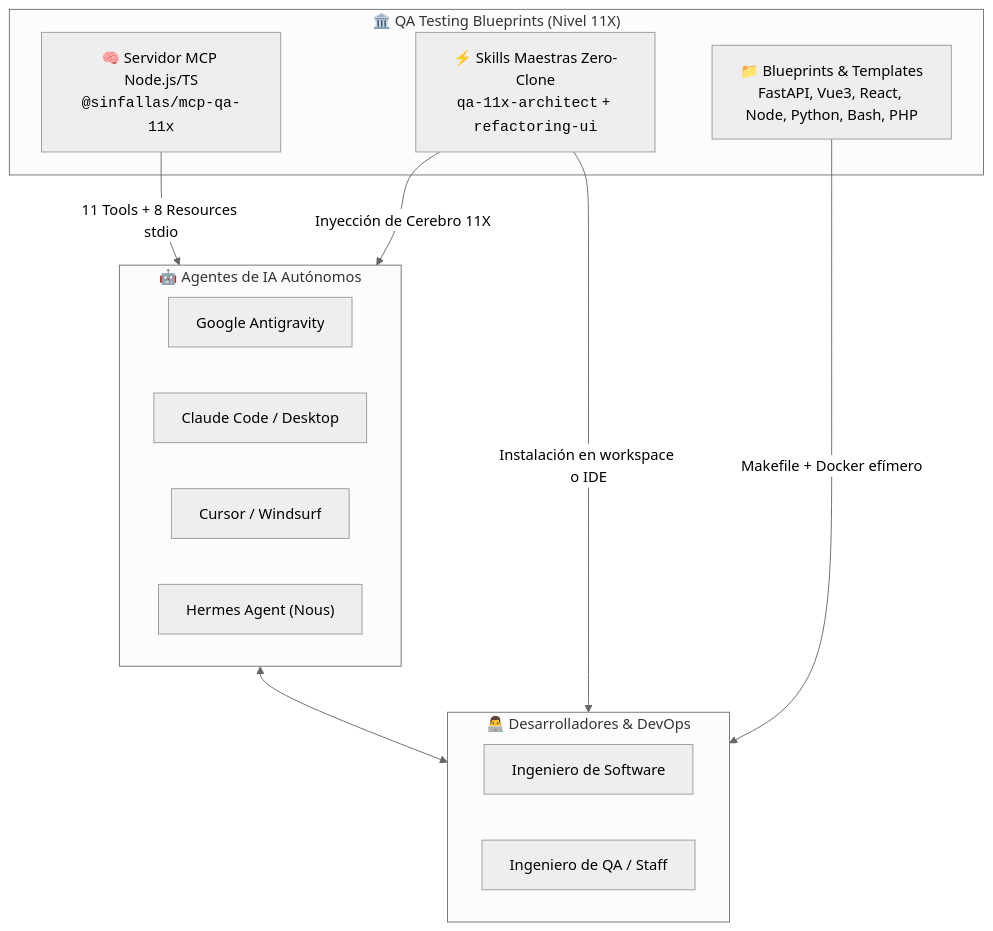
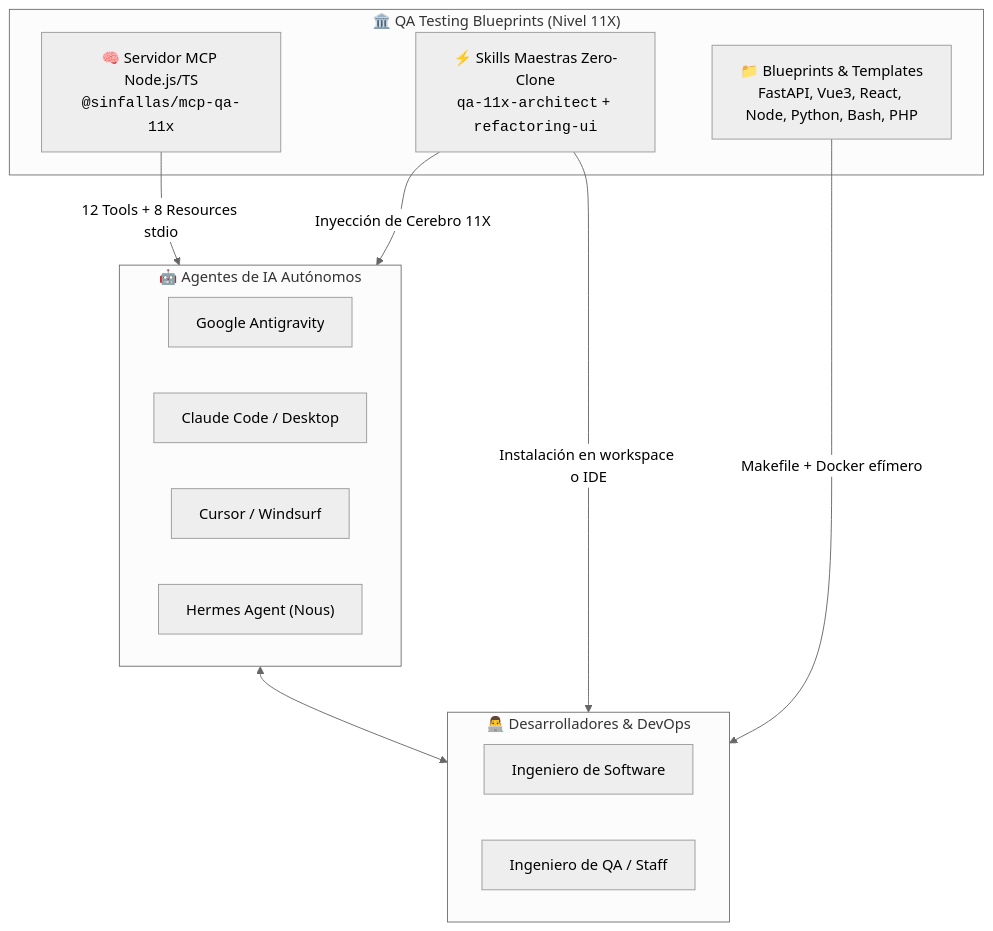
The diagram in README.md (tecno-consultores/qa-testing-blueprints), drawn with Mermaid (neutral theme) before and after one commit. The commit also changed other lines of this file and 25 other files, not shown here.

````diff
--- a/README.md
+++ b/README.md
@@ -88,26 +88,26 @@
 ```mermaid
 flowchart TD
     subgraph Ecosistema["🏛️ QA Testing Blueprints (Nivel 11X)"]
         MCP["🧠 Servidor MCP Node.js/TS<br><code>@sinfallas/mcp-qa-11x</code>"]
         Skills["⚡ Skills Maestras Zero-Clone<br><code>qa-11x-architect</code> + <code>refactoring-ui</code>"]
         Blueprints["📁 Blueprints & Templates<br>FastAPI, Vue3, React, Node, Python, Bash, PHP"]
     end
 
     subgraph ConsumidoresIA["🤖 Agentes de IA Autónomos"]
         AGY["Google Antigravity"]
         Claude["Claude Code / Desktop"]
         Cursor["Cursor / Windsurf"]
         Hermes["Hermes Agent (Nous)"]
     end
 
     subgraph ConsumidoresHumanos["👨‍💻 Desarrolladores & DevOps"]
         Dev["Ingeniero de Software"]
         QAEng["Ingeniero de QA / Staff"]
     end
 
-    MCP -- "11 Tools + 8 Resources stdio" --> ConsumidoresIA
+    MCP -- "12 Tools + 8 Resources stdio" --> ConsumidoresIA
     Skills -- "Inyección de Cerebro 11X" --> ConsumidoresIA
     Skills -- "Instalación en workspace o IDE" --> ConsumidoresHumanos
     Blueprints -- "Makefile + Docker efímero" --> ConsumidoresHumanos
     ConsumidoresIA <--> ConsumidoresHumanos
 ```
````
